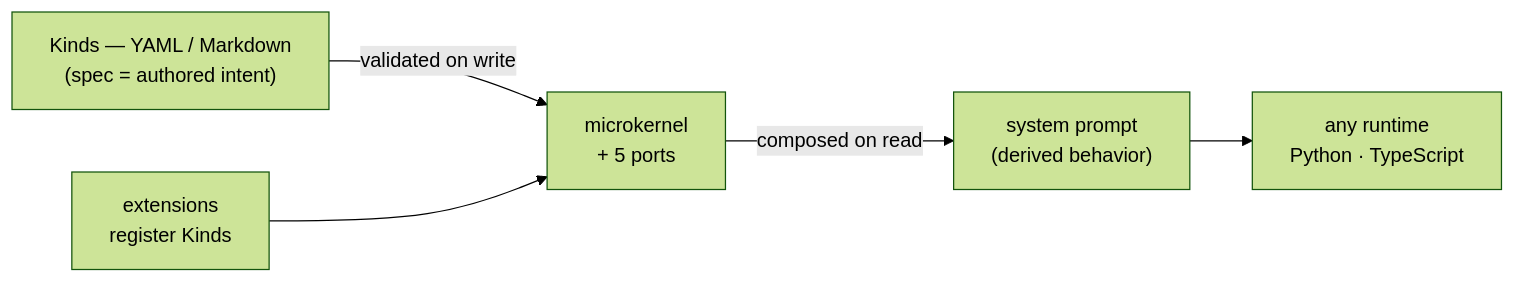
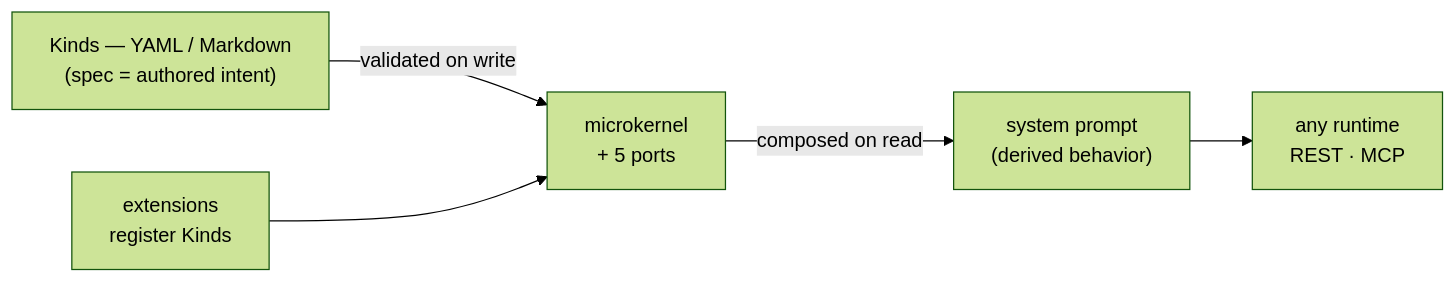
One commit to ruinosus/dna changed the diagram in README.md. Above: the diagram before and after it, drawn with Mermaid (forest theme). The commit also changed other lines of this file and 744 other files, not shown here.

First line of the commit message:
chore(sdk-ts): congelar o SDK TypeScript — uma runtime, qualquer linguagem (−84.704) (#180)

````diff
--- a/README.md
+++ b/README.md
@@ -32,7 +32,7 @@
 ```mermaid
 flowchart LR
     D["Kinds — YAML / Markdown<br/>(spec = authored intent)"] -->|validated on write| K["microkernel<br/>+ 5 ports"]
     E["extensions<br/>register Kinds"] --> K
     K -->|composed on read| P["system prompt<br/>(derived behavior)"]
-    P --> R["any runtime<br/>Python · TypeScript"]
+    P --> R["any runtime<br/>REST · MCP"]
 ```
````
